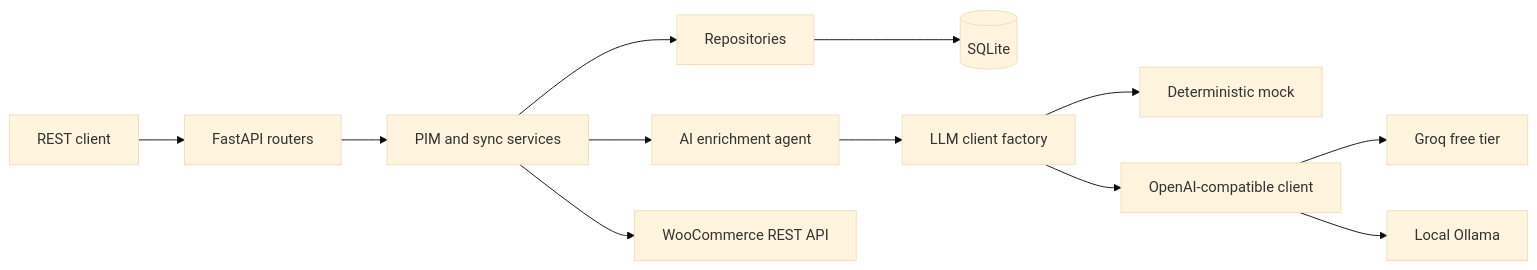
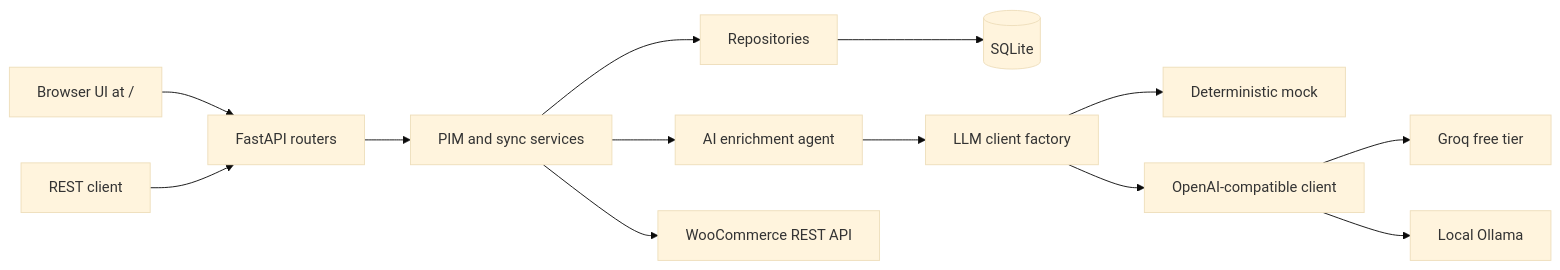
One commit to ashwinjmonteiro/woo-pim-ai changed the first of 2 diagrams in README.md. Above: the diagram before and after it, drawn with Mermaid (base theme). The commit also changed other lines of this file and 5 other files, not shown here.

````diff
--- a/README.md
+++ b/README.md
@@ -16,14 +16,15 @@
 ```mermaid
 flowchart LR
-    Client[REST client] --> API[FastAPI routers]
+    Browser[Browser UI at /] --> API[FastAPI routers]
+    Client[REST client] --> API
     API --> Service[PIM and sync services]
     Service --> Repo[Repositories]
     Repo --> DB[(SQLite)]
     Service --> Agent[AI enrichment agent]
     Agent --> Factory[LLM client factory]
     Factory --> Mock[Deterministic mock]
     Factory --> Compatible[OpenAI-compatible client]
     Compatible --> Groq[Groq free tier]
     Compatible --> Ollama[Local Ollama]
     Service --> Woo[WooCommerce REST API]
 ```
````
